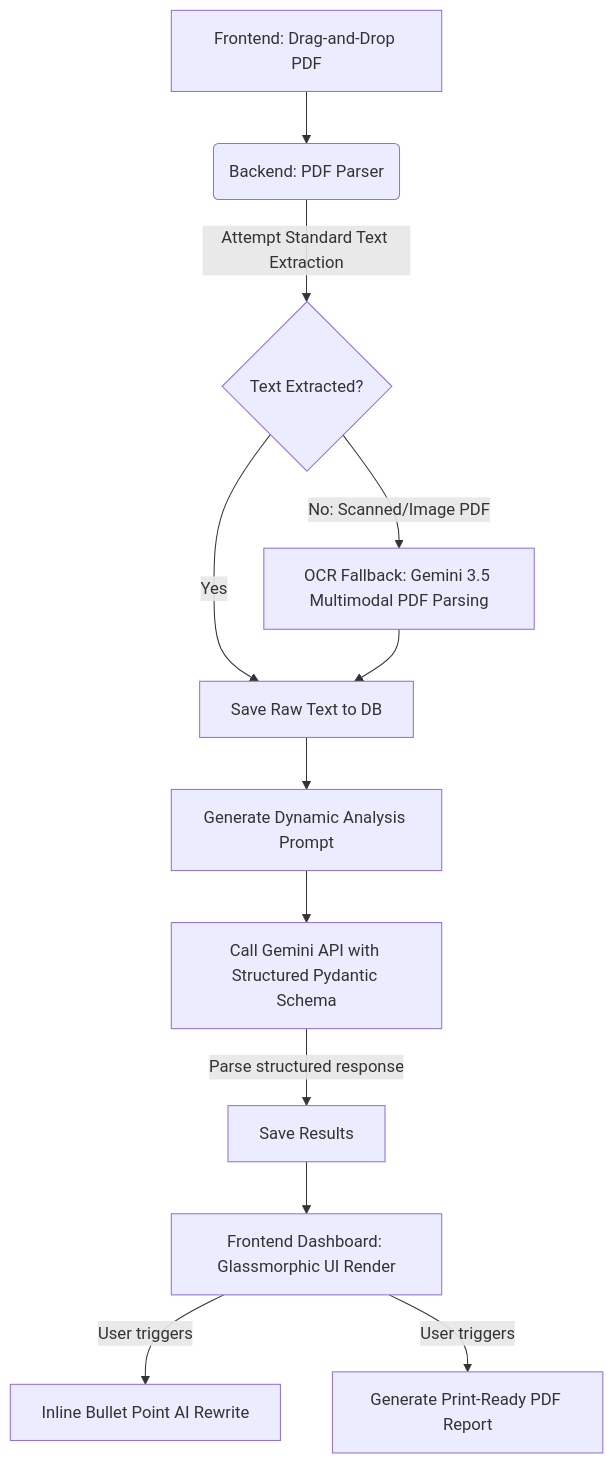
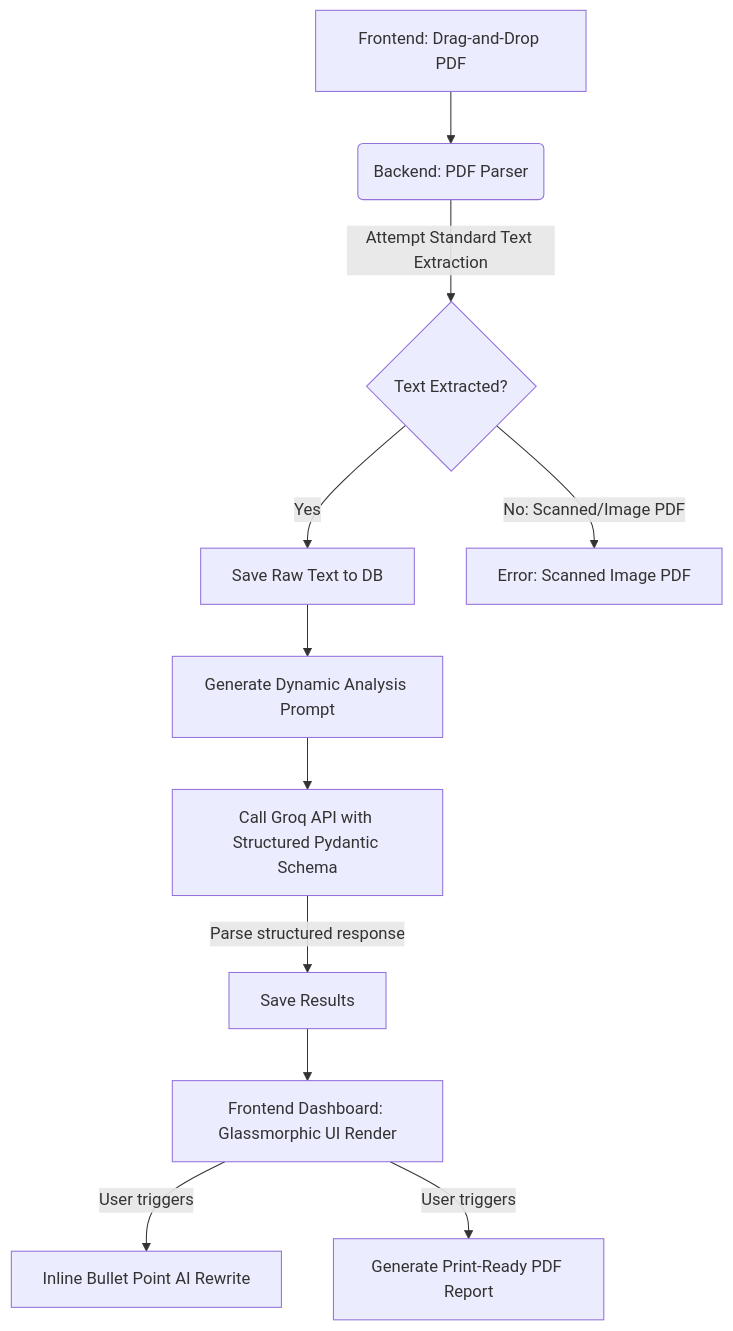
Before and after one commit to ah-nd-naf/AI-Resume-Analyzer: the diagram in README.md, drawn with Mermaid. The commit also changed other lines of this file, not shown here.

````diff
--- a/README.md
+++ b/README.md
@@ -19,14 +19,13 @@
 ```mermaid
 graph TD
     A[Frontend: Drag-and-Drop PDF] --> B(Backend: PDF Parser)
     B -->|Attempt Standard Text Extraction| C{Text Extracted?}
     C -->|Yes| E[Save Raw Text to DB]
-    C -->|No: Scanned/Image PDF| D[OCR Fallback: Gemini 3.5 Multimodal PDF Parsing]
-    D --> E
+    C -->|No: Scanned/Image PDF| D[Error: Scanned Image PDF]
     E --> F[Generate Dynamic Analysis Prompt]
-    F --> G[Call Gemini API with Structured Pydantic Schema]
+    F --> G[Call Groq API with Structured Pydantic Schema]
     G -->|Parse structured response| H[Save Results]
     H --> I[Frontend Dashboard: Glassmorphic UI Render]
     I -->|User triggers| J[Inline Bullet Point AI Rewrite]
     I -->|User triggers| K[Generate Print-Ready PDF Report]
 ```
````
